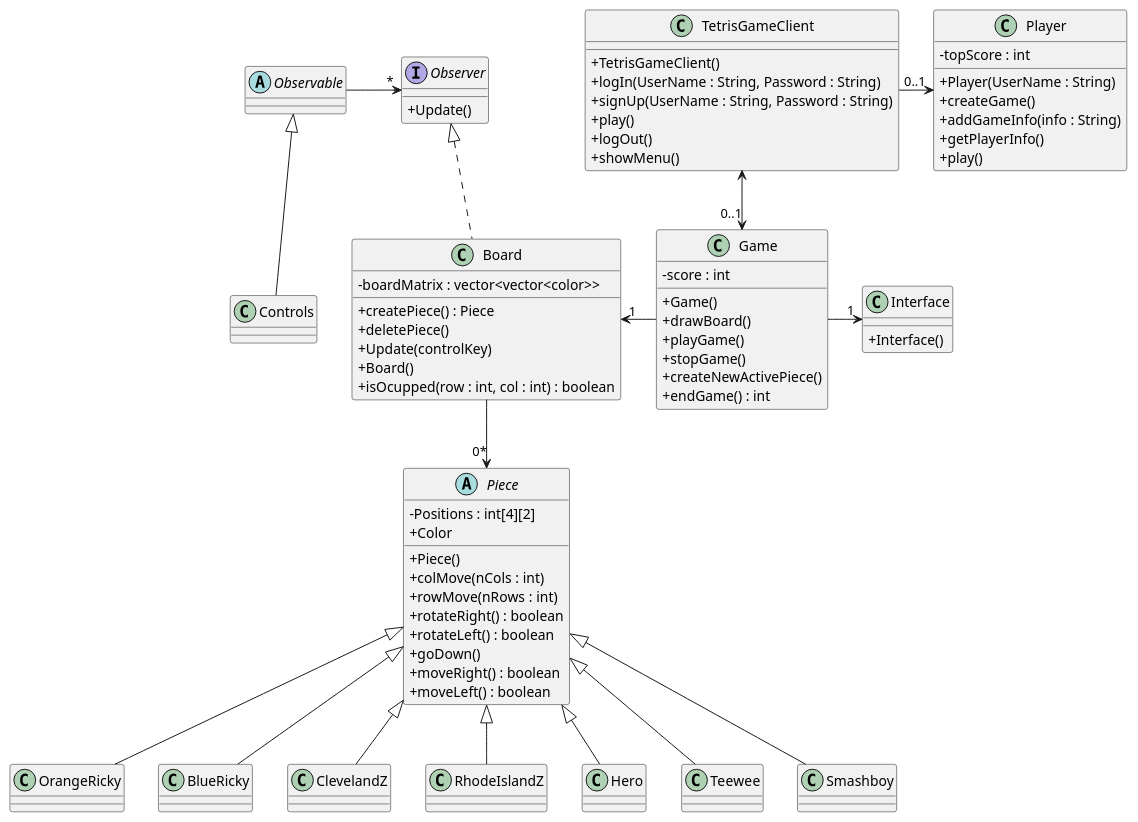
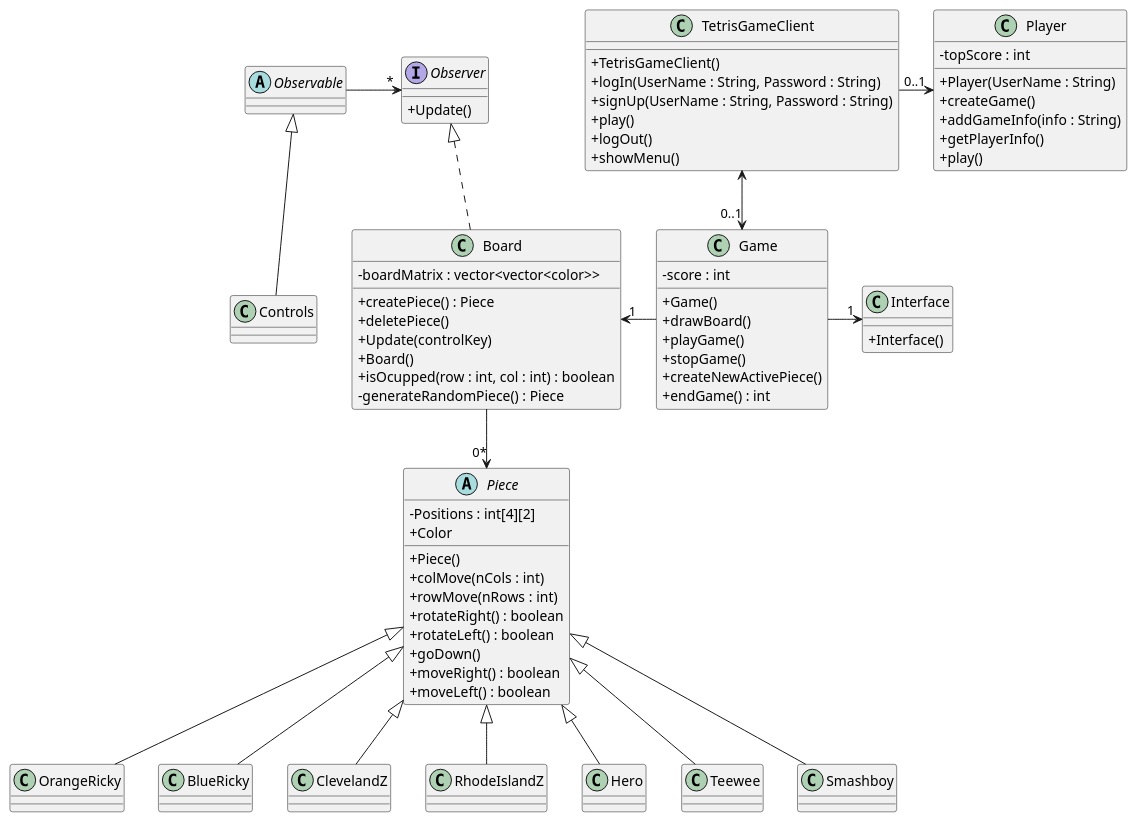
Before and after one commit to carles444/TQS-Tetris: the diagram in src/main/java/TetrisGame/class_design.puml, drawn with PlantUML. The commit also changed 1 other file, not shown here.

Commit message:
test board constructor, testing the random generated piece with mock

```diff
--- a/src/main/java/TetrisGame/class_design.puml
+++ b/src/main/java/TetrisGame/class_design.puml
@@ -1,83 +1,84 @@
   @startuml
 
 skinparam classAttributeIconSize 0
 skinparam linetype polyline
 
 class TetrisGameClient {
     + TetrisGameClient()
     + logIn(UserName : String, Password : String)
     + signUp(UserName : String, Password : String)
     + play()
     + logOut()
     + showMenu()  
 }
 
 class Player{
     - topScore : int
     + Player(UserName : String)
     + createGame()
     + addGameInfo(info : String)
     + getPlayerInfo()
     + play()
 }
 
 class Game {
     - score : int
     + Game()
     + drawBoard()
     + playGame()
     + stopGame()
     + createNewActivePiece()
     + endGame() : int
 
 }
 
 abstract class Observable
 class Controls extends Observable
 
 class Board implements Observer {
     + createPiece() : Piece
     + deletePiece()
     + Update(controlKey)
     + Board()
     - boardMatrix : vector<vector<color>>
     + isOcupped(row : int, col : int) : boolean
+    - generateRandomPiece() : Piece
 
 
 }
 abstract class Piece {
     + Piece()
     - Positions : int[4][2]
     + colMove(nCols : int)
     + rowMove(nRows : int)
     + Color
     + rotateRight() : boolean
     + rotateLeft() : boolean
     + goDown()
     + moveRight() : boolean
     + moveLeft() : boolean
 }
 
 class Interface {
     + Interface()
 }
 
 Interface Observer {
     + Update()
 }
 class OrangeRicky extends Piece
 class BlueRicky extends Piece
 class ClevelandZ extends Piece
 class RhodeIslandZ extends Piece
 class Hero extends Piece
 class Teewee extends Piece
 class Smashboy extends Piece
 
 Observable -right-> "*" Observer
 TetrisGameClient -right-> "0..1" Player
 TetrisGameClient <-down-> "0..1" Game
 Game -left-> "1" Board
 Board -down-> "0*"Piece
 Game -right-> "1" Interface
 
 @enduml
```
